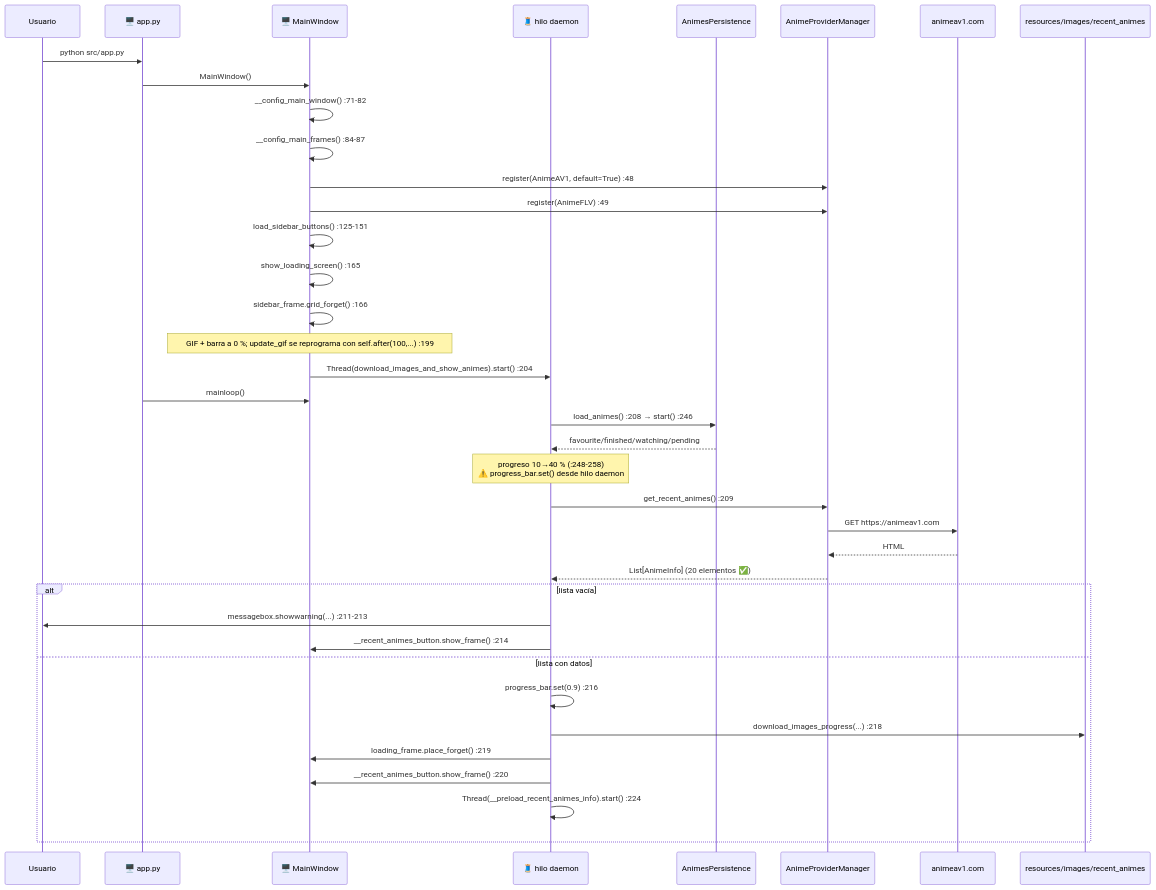
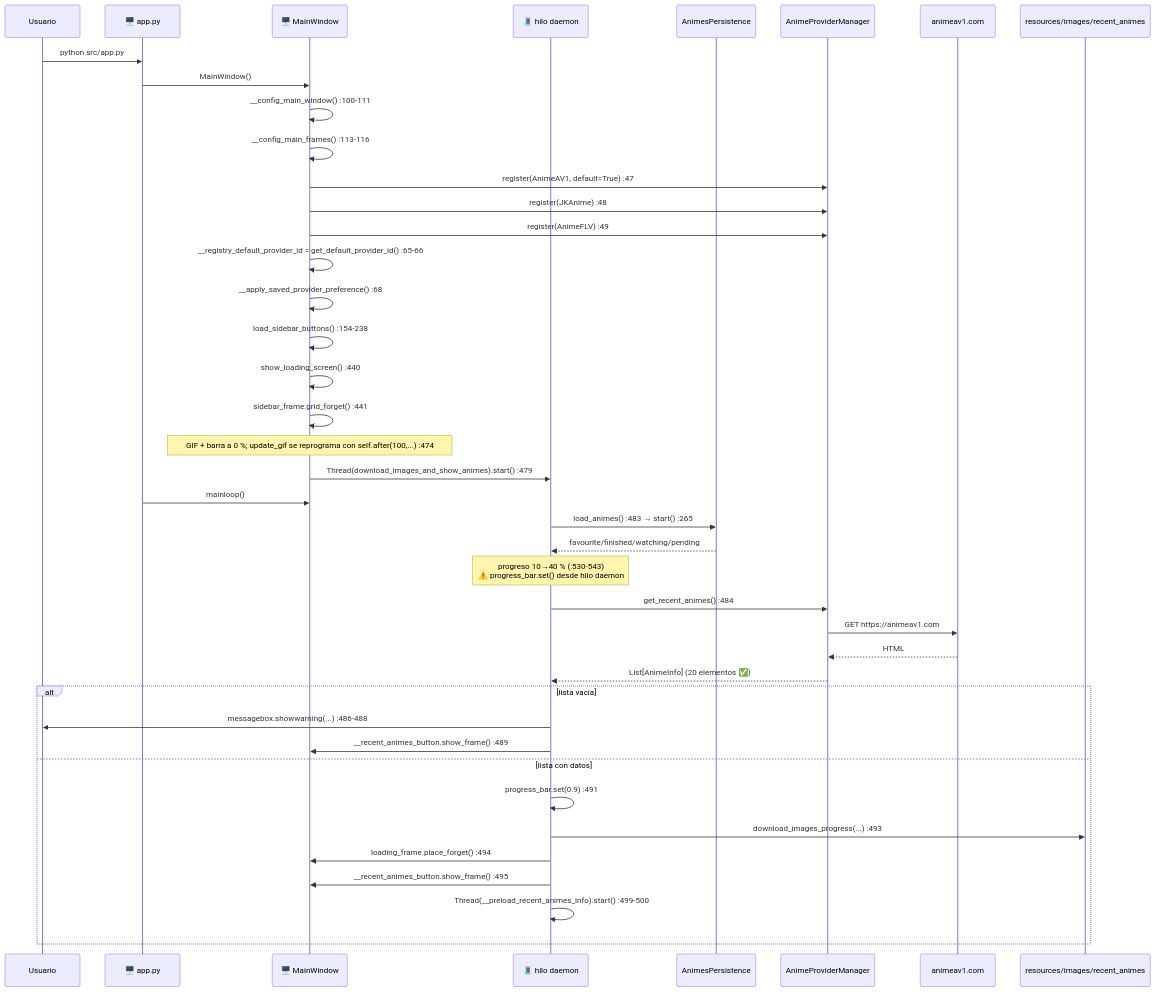
Before and after one commit to DavidEscri/BibliotecaAnime: the first of 12 diagrams in .claude/docs/03-flujos-de-ejecucion.md, drawn with Mermaid. The commit also changed other lines of this file and 15 other files, not shown here.

````diff
--- a/.claude/docs/03-flujos-de-ejecucion.md
+++ b/.claude/docs/03-flujos-de-ejecucion.md
@@ -19,43 +19,46 @@
 ```mermaid
 sequenceDiagram
     participant U as Usuario
     participant APP as 🖥️ app.py
     participant MW as 🖥️ MainWindow
     participant T as 🧵 hilo daemon
     participant P as AnimesPersistence
     participant MGR as AnimeProviderManager
     participant NET as animeav1.com
     participant FS as resources/images/recent_animes
 
     U->>APP: python src/app.py
     APP->>MW: MainWindow()
-    MW->>MW: __config_main_window() :71-82
-    MW->>MW: __config_main_frames() :84-87
-    MW->>MGR: register(AnimeAV1, default=True) :48
+    MW->>MW: __config_main_window() :100-111
+    MW->>MW: __config_main_frames() :113-116
+    MW->>MGR: register(AnimeAV1, default=True) :47
+    MW->>MGR: register(JKAnime) :48
     MW->>MGR: register(AnimeFLV) :49
-    MW->>MW: load_sidebar_buttons() :125-151
-    MW->>MW: show_loading_screen() :165
-    MW->>MW: sidebar_frame.grid_forget() :166
-    Note over MW: GIF + barra a 0 %#59; update_gif se reprograma con self.after(100,...) :199
-    MW->>T: Thread(download_images_and_show_animes).start() :204
+    MW->>MW: __registry_default_provider_id = get_default_provider_id() :65-66
+    MW->>MW: __apply_saved_provider_preference() :68
+    MW->>MW: load_sidebar_buttons() :154-238
+    MW->>MW: show_loading_screen() :440
+    MW->>MW: sidebar_frame.grid_forget() :441
+    Note over MW: GIF + barra a 0 %#59; update_gif se reprograma con self.after(100,...) :474
+    MW->>T: Thread(download_images_and_show_animes).start() :479
     APP->>MW: mainloop()
 
-    T->>P: load_animes() :208 → start() :246
+    T->>P: load_animes() :483 → start() :265
     P-->>T: favourite/finished/watching/pending
-    Note over T: progreso 10→40 % (:248-258)<br/>⚠️ progress_bar.set() desde hilo daemon
-    T->>MGR: get_recent_animes() :209
+    Note over T: progreso 10→40 % (:530-543)<br/>⚠️ progress_bar.set() desde hilo daemon
+    T->>MGR: get_recent_animes() :484
     MGR->>NET: GET https://animeav1.com
     NET-->>MGR: HTML
     MGR-->>T: List[AnimeInfo] (20 elementos ✅)
 
     alt lista vacía
-        T->>U: messagebox.showwarning(...) :211-213
-        T->>MW: __recent_animes_button.show_frame() :214
+        T->>U: messagebox.showwarning(...) :486-488
+        T->>MW: __recent_animes_button.show_frame() :489
     else lista con datos
-        T->>T: progress_bar.set(0.9) :216
-        T->>FS: download_images_progress(...) :218
-        T->>MW: loading_frame.place_forget() :219
-        T->>MW: __recent_animes_button.show_frame() :220
-        T->>T: Thread(__preload_recent_animes_info).start() :224
+        T->>T: progress_bar.set(0.9) :491
+        T->>FS: download_images_progress(...) :493
+        T->>MW: loading_frame.place_forget() :494
+        T->>MW: __recent_animes_button.show_frame() :495
+        T->>T: Thread(__preload_recent_animes_info).start() :499-500
     end
 ```
````
